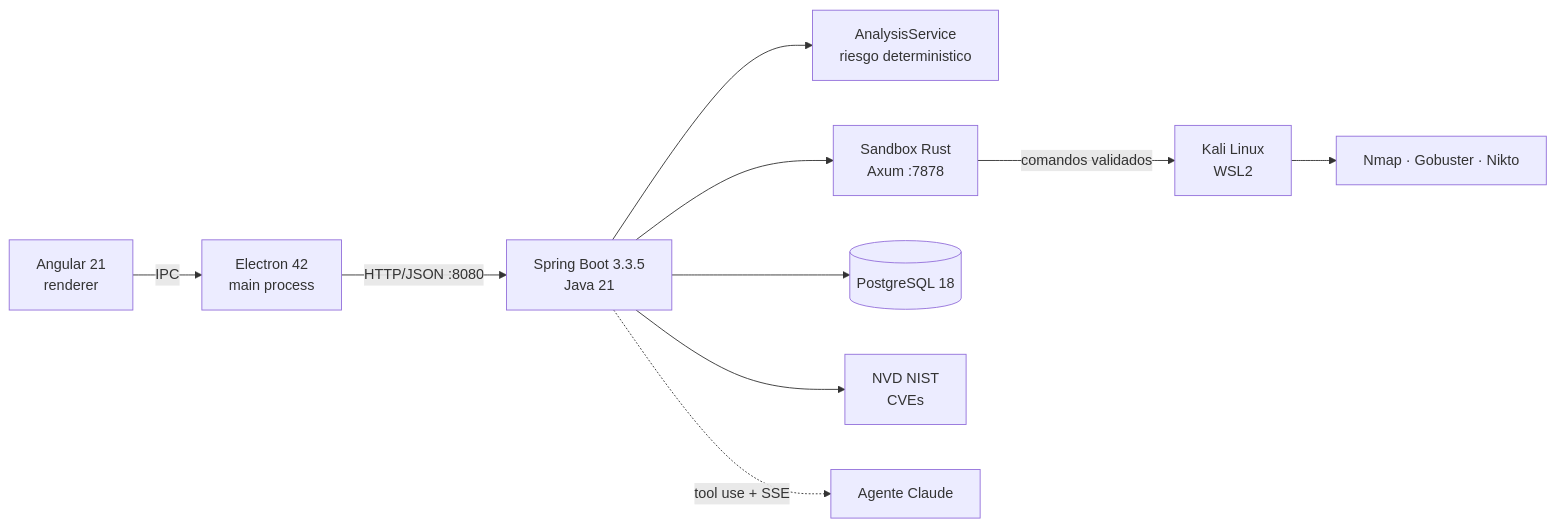
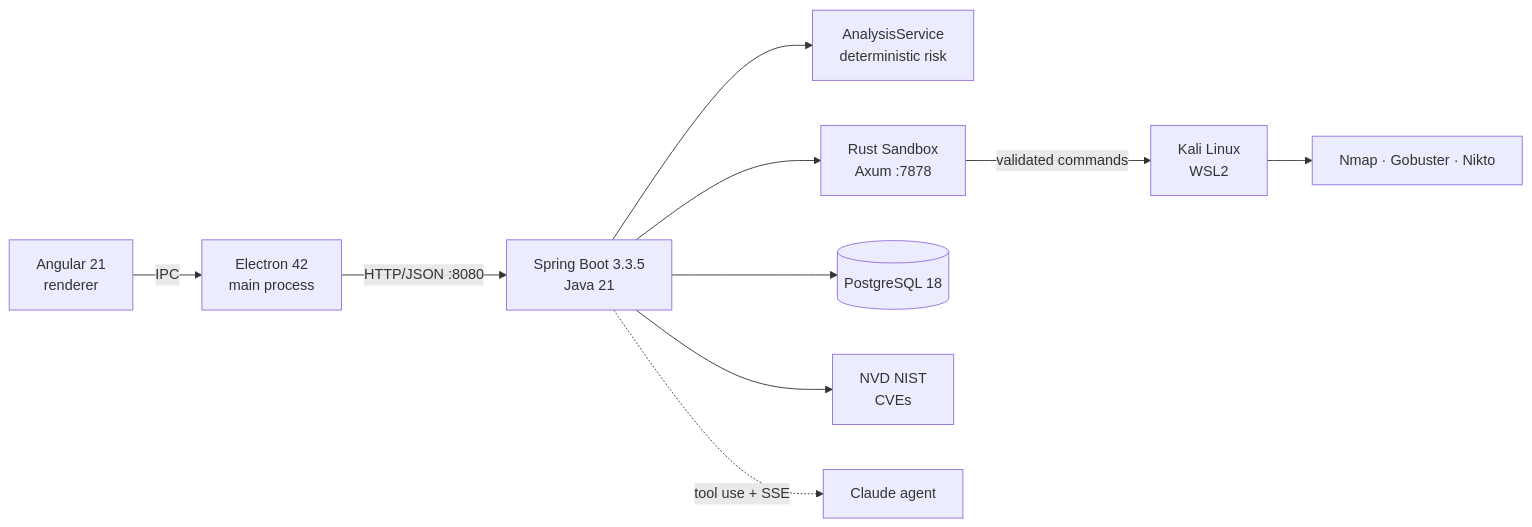
Before and after one commit to FaridDevU/NetSentinel: the first of 2 diagrams in README.md, drawn with Mermaid. The commit also changed other lines of this file, not shown here.

````diff
--- a/README.md
+++ b/README.md
@@ -87,12 +87,12 @@
 ```mermaid
 flowchart LR
     UI[Angular 21<br/>renderer] -->|IPC| EL[Electron 42<br/>main process]
     EL -->|HTTP/JSON :8080| API[Spring Boot 3.3.5<br/>Java 21]
-    API --> AN[AnalysisService<br/>riesgo deterministico]
-    API --> SB[Sandbox Rust<br/>Axum :7878]
-    SB -->|comandos validados| KALI[Kali Linux<br/>WSL2]
+    API --> AN[AnalysisService<br/>deterministic risk]
+    API --> SB[Rust Sandbox<br/>Axum :7878]
+    SB -->|validated commands| KALI[Kali Linux<br/>WSL2]
     KALI --> TOOLS[Nmap · Gobuster · Nikto]
     API --> DB[(PostgreSQL 18)]
     API --> NVD[NVD NIST<br/>CVEs]
-    API -. tool use + SSE .-> CLAUDE[Agente Claude]
+    API -. tool use + SSE .-> CLAUDE[Claude agent]
 ```
````
